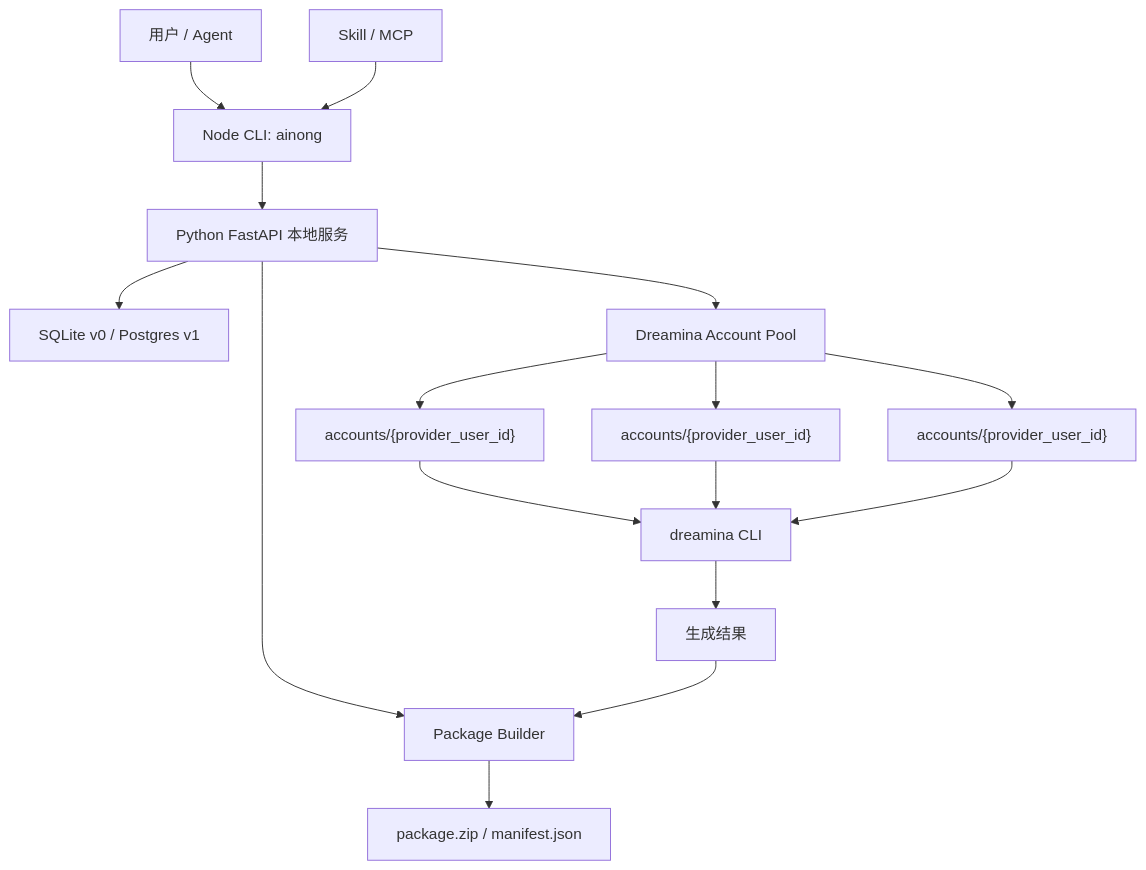
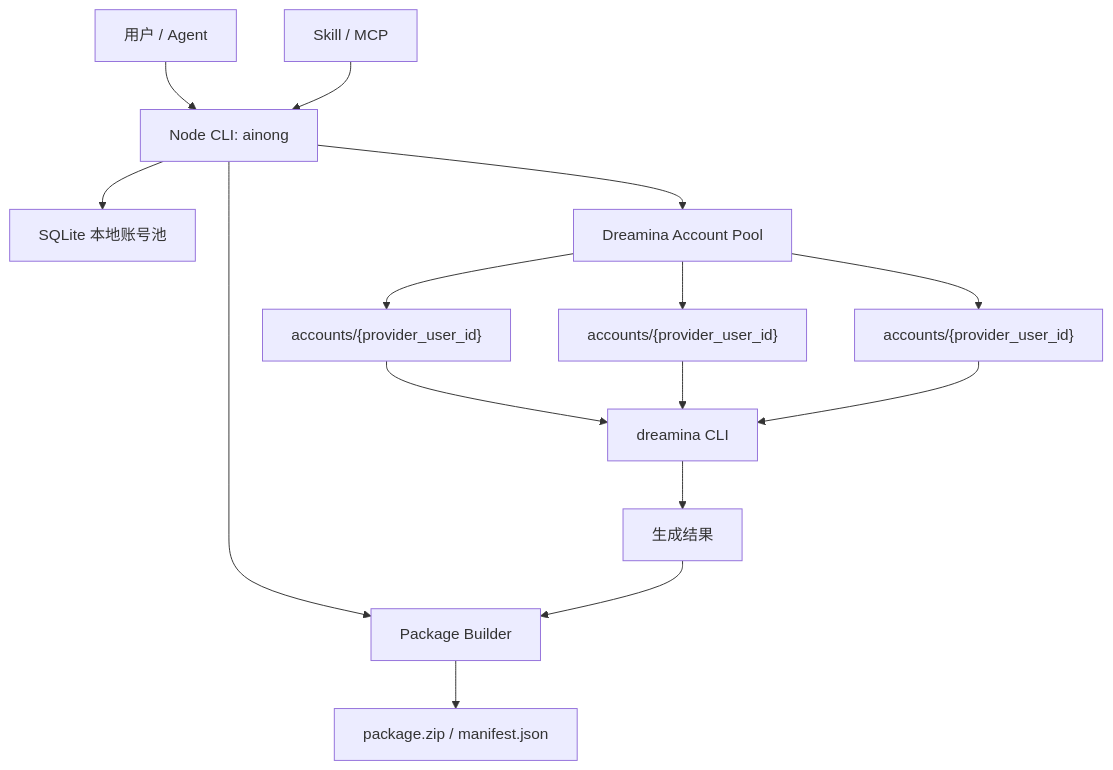
Before and after one commit to wg5x/ai-nong: the diagram in docs/examples/dreamina-cli-pool.md, drawn with Mermaid. The commit also changed other lines of this file and 21 other files, not shown here.

Commit message:
Move Dreamina pool into Node CLI

````diff
--- a/docs/examples/dreamina-cli-pool.md
+++ b/docs/examples/dreamina-cli-pool.md
@@ -199,22 +199,20 @@
 ```mermaid
 flowchart TD
   USER["用户 / Agent"] --> CLI["Node CLI: ainong"]
   SKILL["Skill / MCP"] --> CLI
-  CLI --> API["Python FastAPI 本地服务"]
-
-  API --> DB["SQLite v0 / Postgres v1"]
-  API --> POOL["Dreamina Account Pool"]
-  API --> PACK["Package Builder"]
+  CLI --> DB["SQLite 本地账号池"]
+  CLI --> POOL["Dreamina Account Pool"]
+  CLI --> PACK["Package Builder"]
 
   POOL --> H1["accounts/{provider_user_id}"]
   POOL --> H2["accounts/{provider_user_id}"]
   POOL --> H3["accounts/{provider_user_id}"]
 
   H1 --> D["dreamina CLI"]
   H2 --> D
   H3 --> D
 
   D --> RESULT["生成结果"]
   RESULT --> PACK
   PACK --> ZIP["package.zip / manifest.json"]
 ```
````
